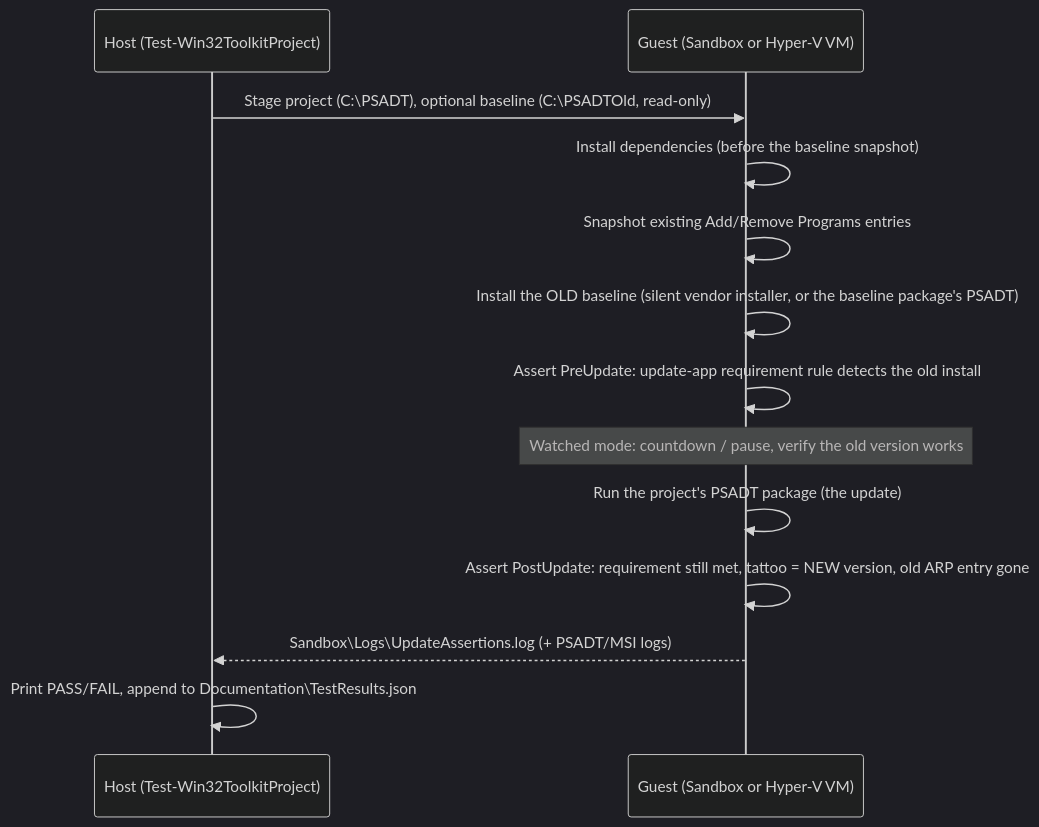
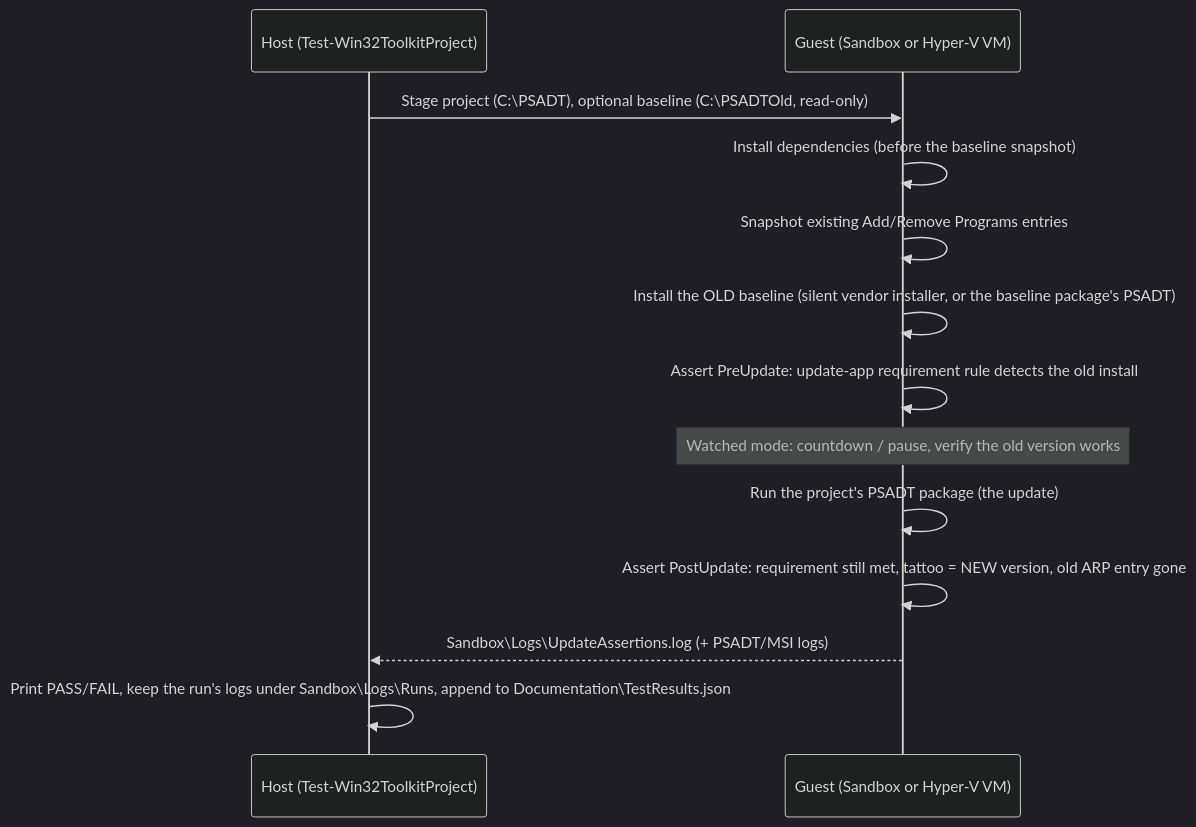
The diagram in docs/testing.md (MG-Cloudflow/win32-toolkit), drawn with Mermaid (dark theme) before and after one commit. The commit also changed other lines of this file and 4 other files, not shown here.

````diff
--- a/docs/testing.md
+++ b/docs/testing.md
@@ -210,15 +236,15 @@
 ```mermaid
 sequenceDiagram
     participant H as Host (Test-Win32ToolkitProject)
     participant G as Guest (Sandbox or Hyper-V VM)
     H->>G: Stage project (C:\PSADT), optional baseline (C:\PSADTOld, read-only)
     G->>G: Install dependencies (before the baseline snapshot)
     G->>G: Snapshot existing Add/Remove Programs entries
     G->>G: Install the OLD baseline (silent vendor installer, or the baseline package's PSADT)
     G->>G: Assert PreUpdate: update-app requirement rule detects the old install
     Note over G: Watched mode: countdown / pause, verify the old version works
     G->>G: Run the project's PSADT package (the update)
     G->>G: Assert PostUpdate: requirement still met, tattoo = NEW version, old ARP entry gone
     G-->>H: Sandbox\Logs\UpdateAssertions.log (+ PSADT/MSI logs)
-    H->>H: Print PASS/FAIL, append to Documentation\TestResults.json
+    H->>H: Print PASS/FAIL, keep the run's logs under Sandbox\Logs\Runs, append to Documentation\TestResults.json
 ```
````
